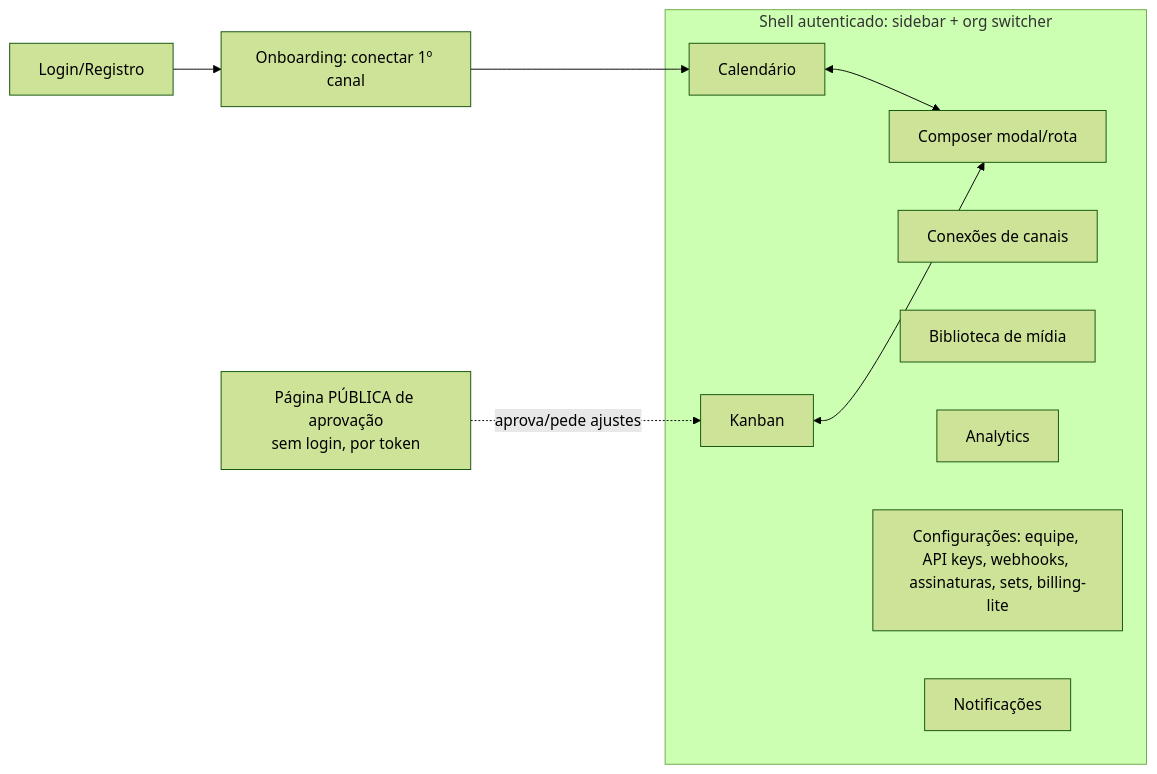
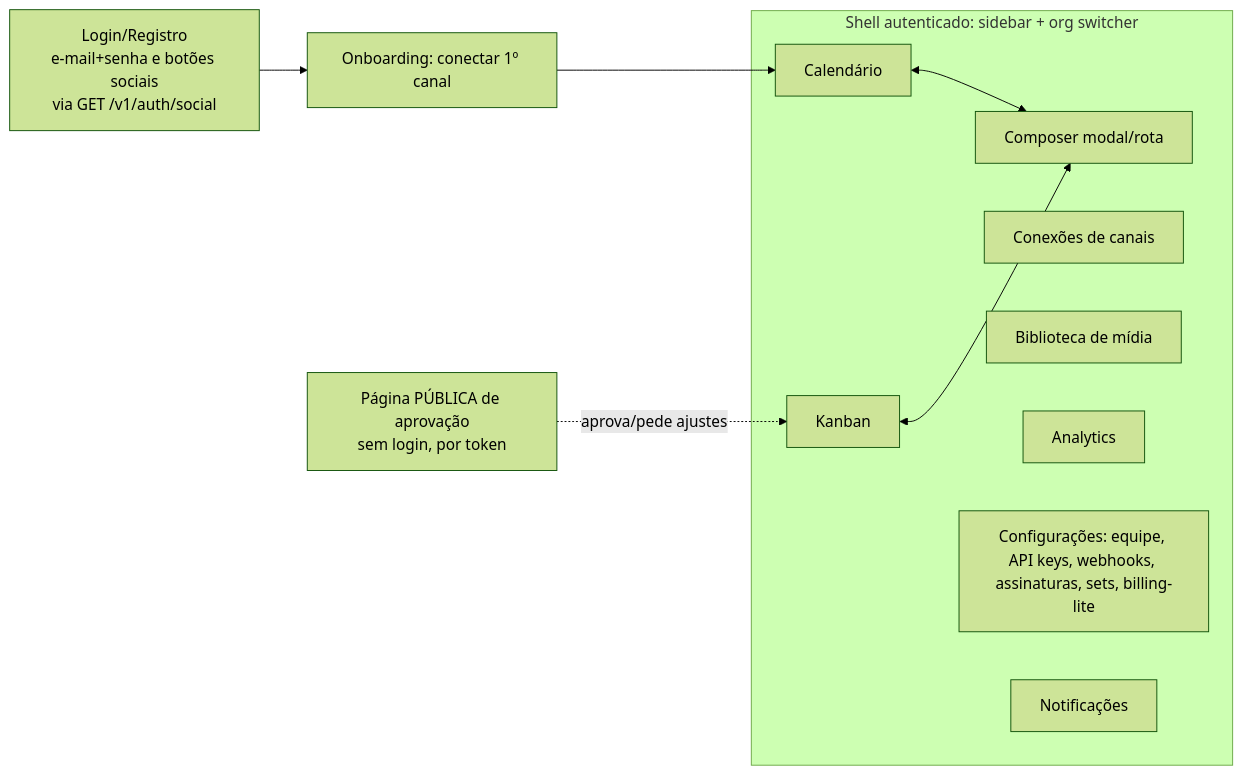
The diagram in docs/specs/SPEC_FRONTEND.md (manypost/manypost-app), drawn with Mermaid (forest theme) before and after one commit. The commit also changed 20 other files, not shown here.

First line of the commit message:
feat(fase-0): login social Google/GitHub, vínculo por e-mail verificado e avatar de perfil

````diff
--- a/docs/specs/SPEC_FRONTEND.md
+++ b/docs/specs/SPEC_FRONTEND.md
@@ -18,18 +18,18 @@
 ```mermaid
 flowchart LR
-    L[Login/Registro] --> ONB[Onboarding: conectar 1º canal]
+    L[Login/Registro<br/>e-mail+senha e botões sociais<br/>via GET /v1/auth/social] --> ONB[Onboarding: conectar 1º canal]
     ONB --> CAL
     subgraph shell [Shell autenticado: sidebar + org switcher]
         CAL[Calendário]
         KAN[Kanban]
         COMP[Composer modal/rota]
         CHN[Conexões de canais]
         MED[Biblioteca de mídia]
         ANA[Analytics]
         SET[Configurações: equipe, API keys, webhooks, assinaturas, sets, billing-lite]
         NOT[Notificações]
     end
     CAL <--> COMP
     KAN <--> COMP
     APR[Página PÚBLICA de aprovação<br/>sem login, por token] -.aprova/pede ajustes.-> KAN
 ```
````
